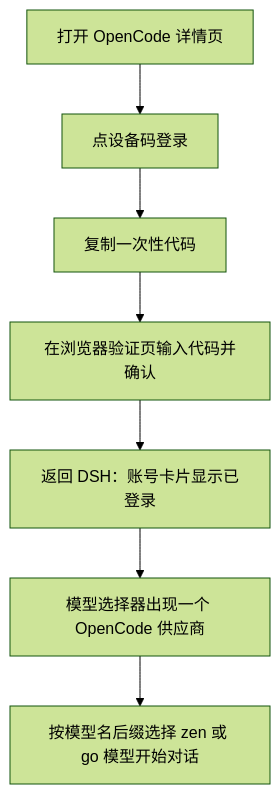
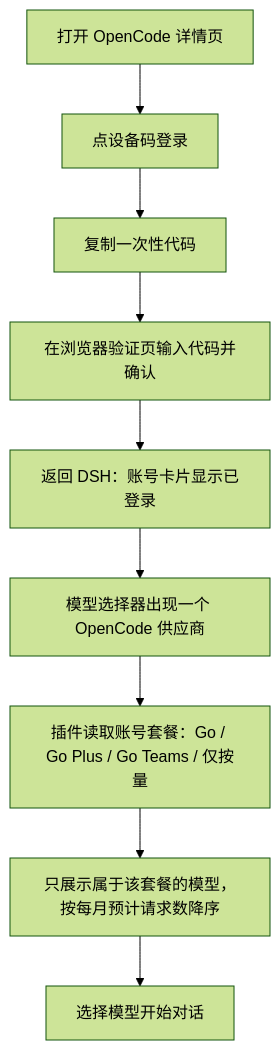
Before and after one commit to FNOSP/fnos-dsh: the diagram in docs/plugins/dsh-opencode.md, drawn with Mermaid (forest theme). The commit also changed other lines of this file and 30 other files, not shown here.

````diff
--- a/docs/plugins/dsh-opencode.md
+++ b/docs/plugins/dsh-opencode.md
@@ -22,9 +24,11 @@
 ```mermaid
 flowchart TD
   A[打开 OpenCode 详情页] --> B[点设备码登录]
   B --> C[复制一次性代码]
   C --> D[在浏览器验证页输入代码并确认]
   D --> E[返回 DSH：账号卡片显示已登录]
   E --> F[模型选择器出现一个 OpenCode 供应商]
-  F --> G[按模型名后缀选择 zen 或 go 模型开始对话]
+  F --> G[插件读取账号套餐：Go / Go Plus / Go Teams / 仅按量]
+  G --> H[只展示属于该套餐的模型，按每月预计请求数降序]
+  H --> I[选择模型开始对话]
 ```
````
